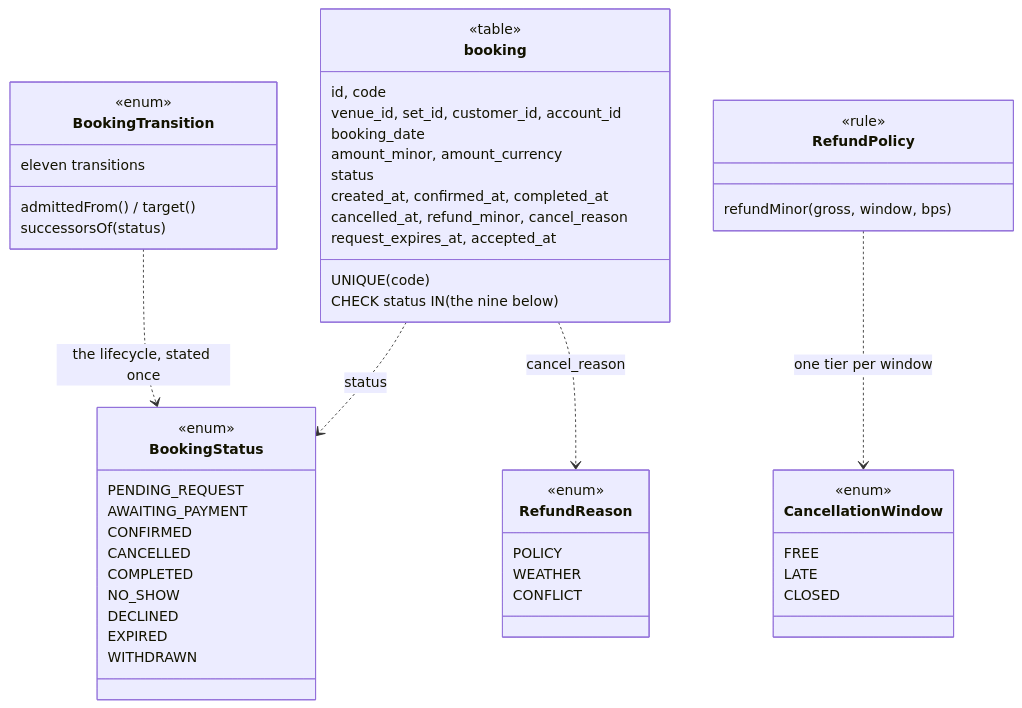
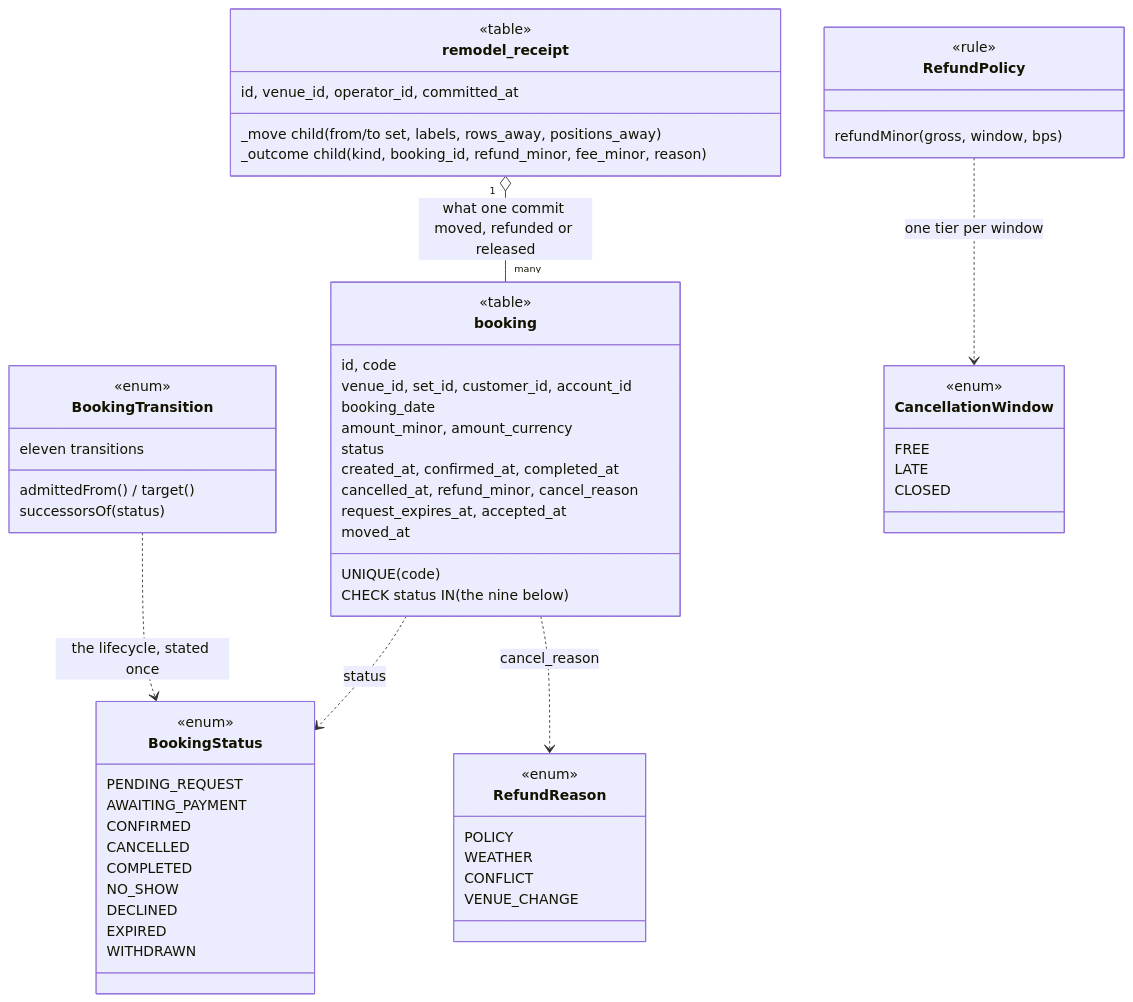
One commit to ivopogace/riviera-sunbed-booking changed the fifth of 15 diagrams in docs/architecture/domain-model.md. Above: the diagram before and after it, drawn with Mermaid. The commit also changed other lines of this file and 2 other files, not shown here.

````diff
--- a/docs/architecture/domain-model.md
+++ b/docs/architecture/domain-model.md
@@ -320,54 +322,63 @@
 ```mermaid
 classDiagram
     class booking {
         <<table>>
         id, code
         venue_id, set_id, customer_id, account_id
         booking_date
         amount_minor, amount_currency
         status
         created_at, confirmed_at, completed_at
         cancelled_at, refund_minor, cancel_reason
         request_expires_at, accepted_at
+        moved_at
         UNIQUE (code)
         CHECK status IN (the nine below)
     }
     class BookingStatus {
         <<enum>>
         PENDING_REQUEST
         AWAITING_PAYMENT
         CONFIRMED
         CANCELLED
         COMPLETED
         NO_SHOW
         DECLINED
         EXPIRED
         WITHDRAWN
     }
     class BookingTransition {
         <<enum>>
         eleven transitions
         admittedFrom() / target()
         successorsOf(status)
     }
     class RefundPolicy {
         <<rule>>
         refundMinor(gross, window, bps)
     }
     class CancellationWindow {
         <<enum>>
         FREE
         LATE
         CLOSED
     }
     class RefundReason {
         <<enum>>
         POLICY
         WEATHER
         CONFLICT
+        VENUE_CHANGE
+    }
+    class remodel_receipt {
+        <<table>>
+        id, venue_id, operator_id, committed_at
+        _move child (from/to set, labels, rows_away, positions_away)
+        _outcome child (kind, booking_id, refund_minor, fee_minor, reason)
     }
     booking ..> BookingStatus : status
     BookingTransition ..> BookingStatus : the lifecycle, stated once
     RefundPolicy ..> CancellationWindow : one tier per window
     booking ..> RefundReason : cancel_reason
+    remodel_receipt "1" o-- "many" booking : what one commit moved, refunded or released
 ```
````
